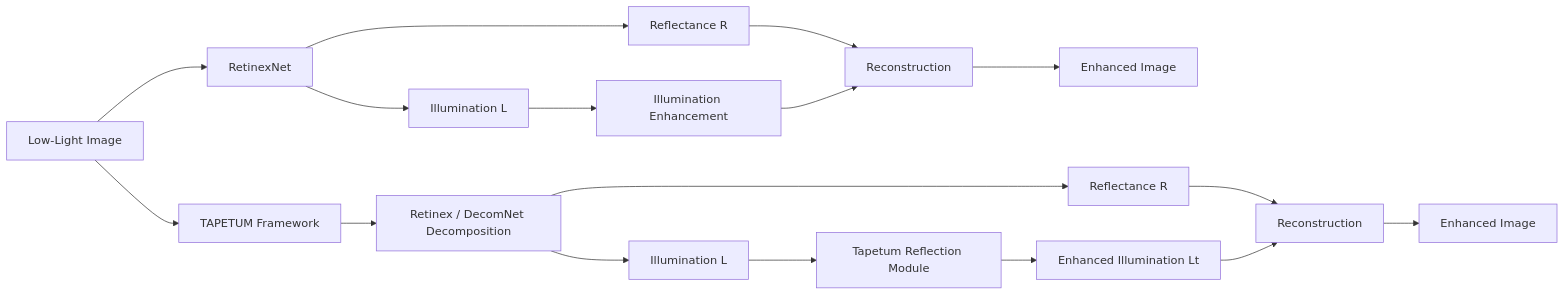
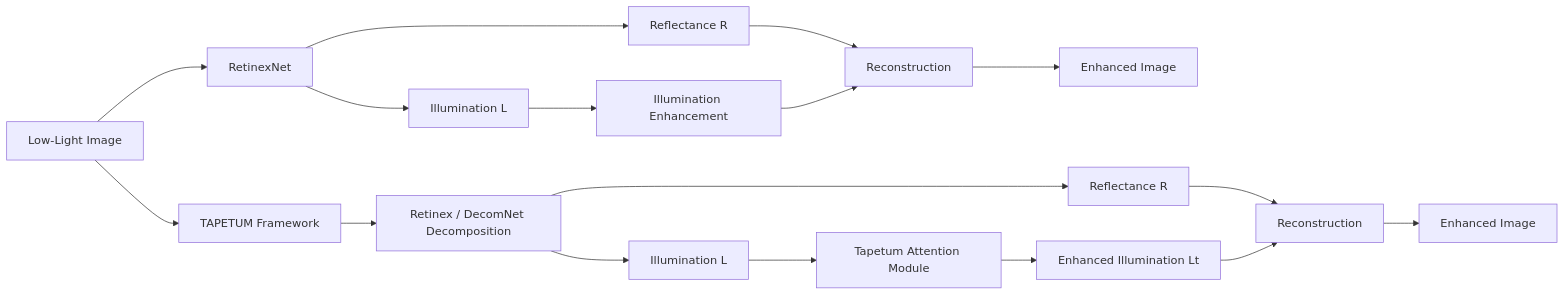
One commit to muratdelen/TAPETUM changed the sixth of 6 diagrams in README.md. Above: the diagram before and after it, drawn with Mermaid.

````diff
--- a/README.md
+++ b/README.md
@@ -248,23 +248,23 @@
 ```mermaid
 flowchart LR
 
 A[Low-Light Image]
 
 A --> B[RetinexNet]
 B --> C[Reflectance R]
 B --> D[Illumination L]
 D --> E[Illumination Enhancement]
 C --> F[Reconstruction]
 E --> F
 F --> G[Enhanced Image]
 
 A --> H[TAPETUM Framework]
 H --> I[Retinex / DecomNet Decomposition]
 I --> J[Reflectance R]
 I --> K[Illumination L]
-K --> L[Tapetum Reflection Module]
+K --> L[Tapetum Attention Module]
 L --> M[Enhanced Illumination Lt]
 J --> N[Reconstruction]
 M --> N
 N --> O[Enhanced Image]
 ```
````
